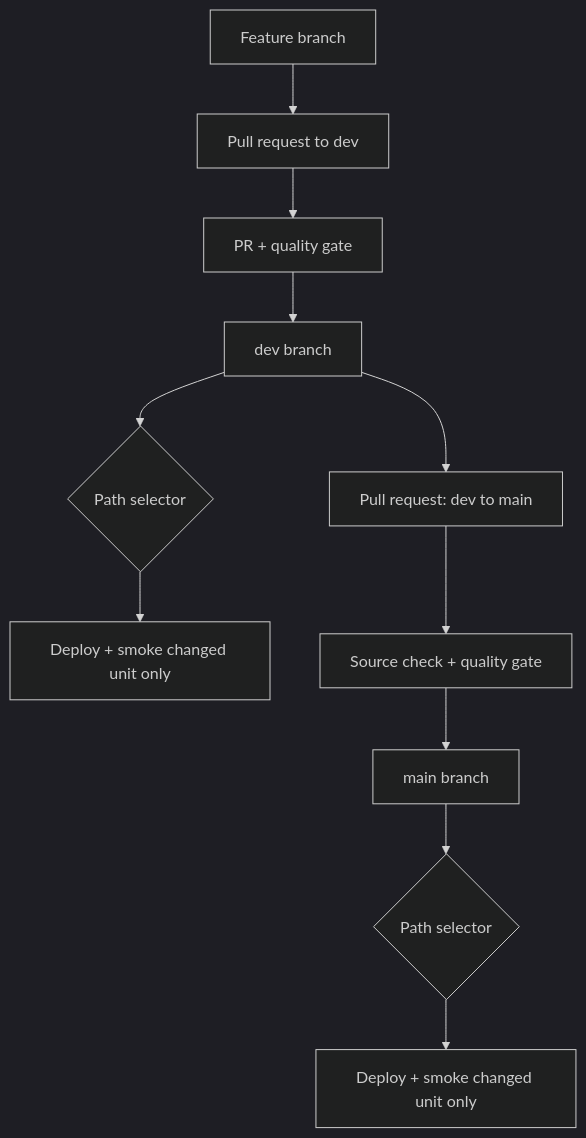
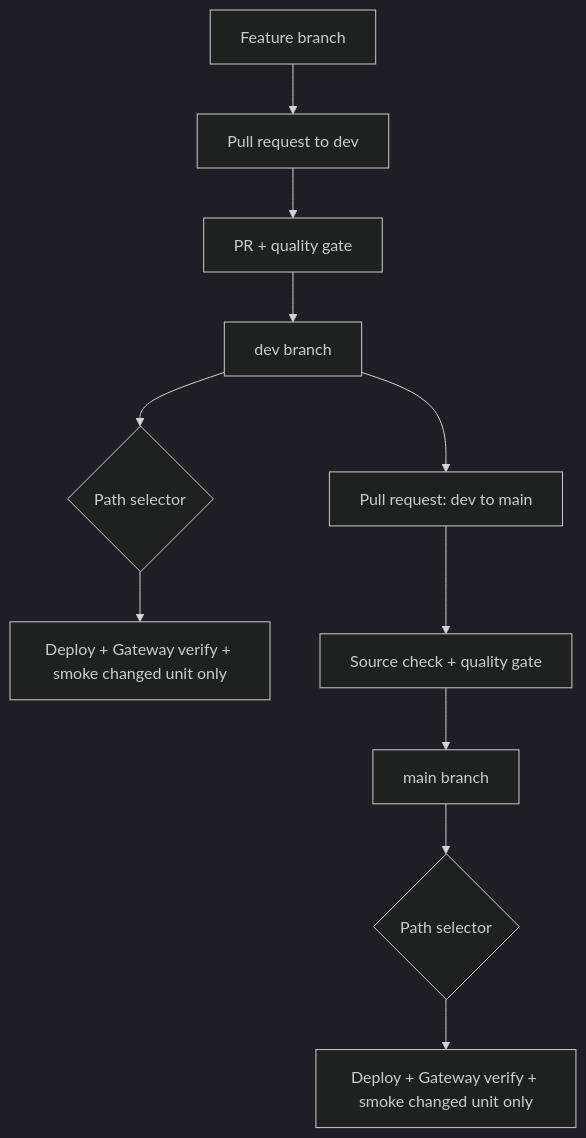
Before and after one commit to zacdav-db/databricks-agent-cicd-sandpit: the diagram in docs/architecture/cicd.md, drawn with Mermaid (dark theme). The commit also changed other lines of this file and 11 other files, not shown here.

````diff
--- a/docs/architecture/cicd.md
+++ b/docs/architecture/cicd.md
@@ -6,17 +6,17 @@
 ```mermaid
 flowchart TB
     Feature["Feature branch"]
     DevPR["Pull request to dev"]
     DevGate["PR + quality gate"]
     Dev["dev branch"]
     DevSelect{"Path selector"}
-    DevUnit["Deploy + smoke changed unit only"]
+    DevUnit["Deploy + Gateway verify + smoke changed unit only"]
     ProdPR["Pull request: dev to main"]
     ProdGate["Source check + quality gate"]
     Main["main branch"]
     ProdSelect{"Path selector"}
-    ProdUnit["Deploy + smoke changed unit only"]
+    ProdUnit["Deploy + Gateway verify + smoke changed unit only"]
 
     Feature --> DevPR --> DevGate --> Dev --> DevSelect --> DevUnit
     Dev --> ProdPR --> ProdGate --> Main --> ProdSelect --> ProdUnit
 ```
````
